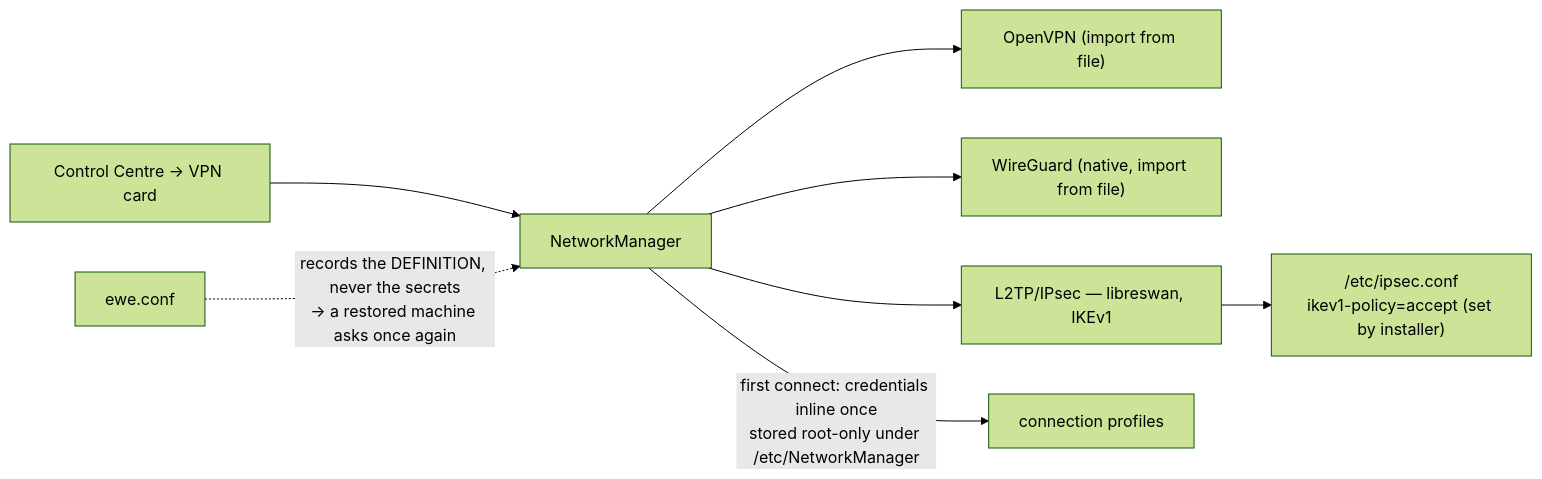
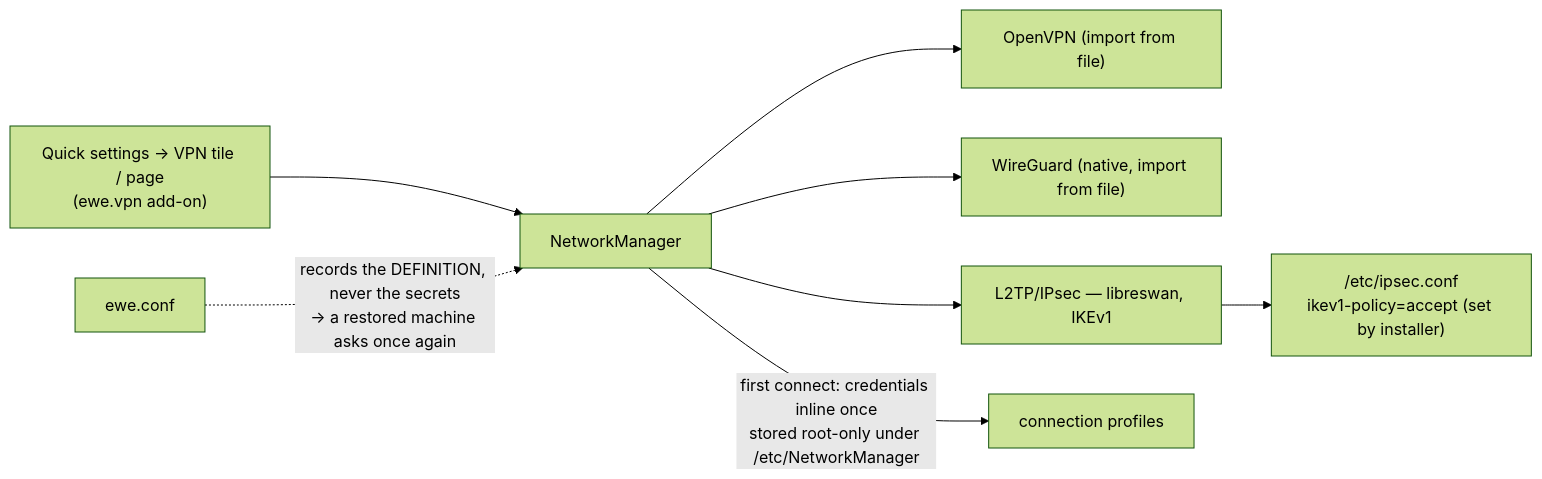
Before and after one commit to prj786/ewe-map: the diagram in 03-Components/Phone and VPN.md, drawn with Mermaid (forest theme). The commit also changed other lines of this file and 12 other files, not shown here.

Commit message:
components/architecture/workflows: the 0.25 carve-out — add-ons, Shell singleton, Komble catalogue, ewe-settings add-on awareness, correct system-side install command

````diff
--- a/03-Components/Phone and VPN.md
+++ b/03-Components/Phone and VPN.md
@@ -43,10 +52,10 @@
 ```mermaid
 flowchart LR
-    CC["Control Centre → VPN card"] --> NM["NetworkManager"]
+    CC["Quick settings → VPN tile / page<br/>(ewe.vpn add-on)"] --> NM["NetworkManager"]
     NM --> OV["OpenVPN (import from file)"]
     NM --> WG["WireGuard (native, import from file)"]
     NM --> L2TP["L2TP/IPsec — libreswan, IKEv1"]
     L2TP --> IPSEC["/etc/ipsec.conf<br/>ikev1-policy=accept (set by installer)"]
     NM -->|"first connect: credentials inline once<br/>stored root-only under /etc/NetworkManager"| PROFILE["connection profiles"]
     ONEFILE["ewe.conf"] -.->|"records the DEFINITION, never the secrets<br/>→ a restored machine asks once again"| NM
 ```
````
